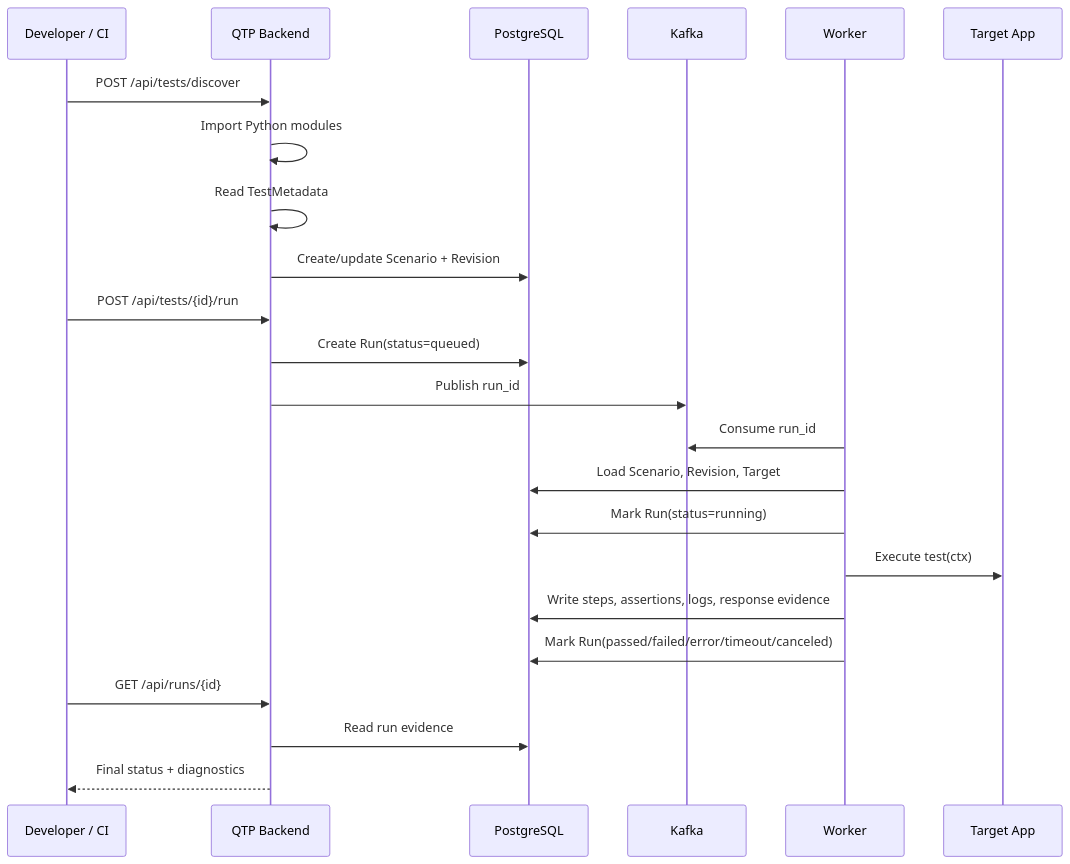
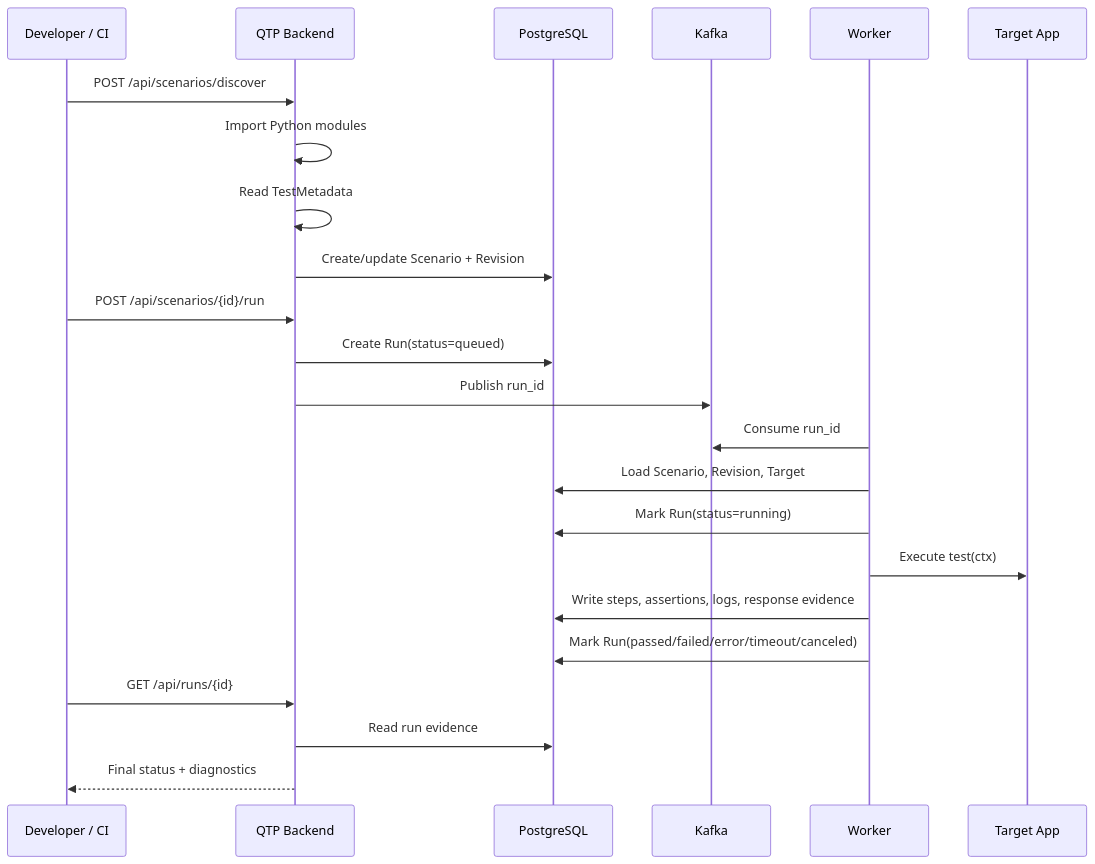
Before and after one commit to bogdancstrike/automation_testing_and_reporting_platform: the second of 2 diagrams in README.md, drawn with Mermaid. The commit also changed other lines of this file and 6 other files, not shown here.

First line of the commit message:
refactor: unify API paths and terminology for tests and scenarios

````diff
--- a/README.md
+++ b/README.md
@@ -180,29 +180,29 @@
 ```mermaid
 sequenceDiagram
     participant Dev as Developer / CI
     participant API as QTP Backend
     participant DB as PostgreSQL
     participant K as Kafka
     participant W as Worker
     participant T as Target App
 
-    Dev->>API: POST /api/tests/discover
+    Dev->>API: POST /api/scenarios/discover
     API->>API: Import Python modules
     API->>API: Read TestMetadata
     API->>DB: Create/update Scenario + Revision
 
-    Dev->>API: POST /api/tests/{id}/run
+    Dev->>API: POST /api/scenarios/{id}/run
     API->>DB: Create Run(status=queued)
     API->>K: Publish run_id
 
     W->>K: Consume run_id
     W->>DB: Load Scenario, Revision, Target
     W->>DB: Mark Run(status=running)
     W->>T: Execute test(ctx)
     W->>DB: Write steps, assertions, logs, response evidence
     W->>DB: Mark Run(passed/failed/error/timeout/canceled)
 
     Dev->>API: GET /api/runs/{id}
     API->>DB: Read run evidence
     API-->>Dev: Final status + diagnostics
 ```
````
